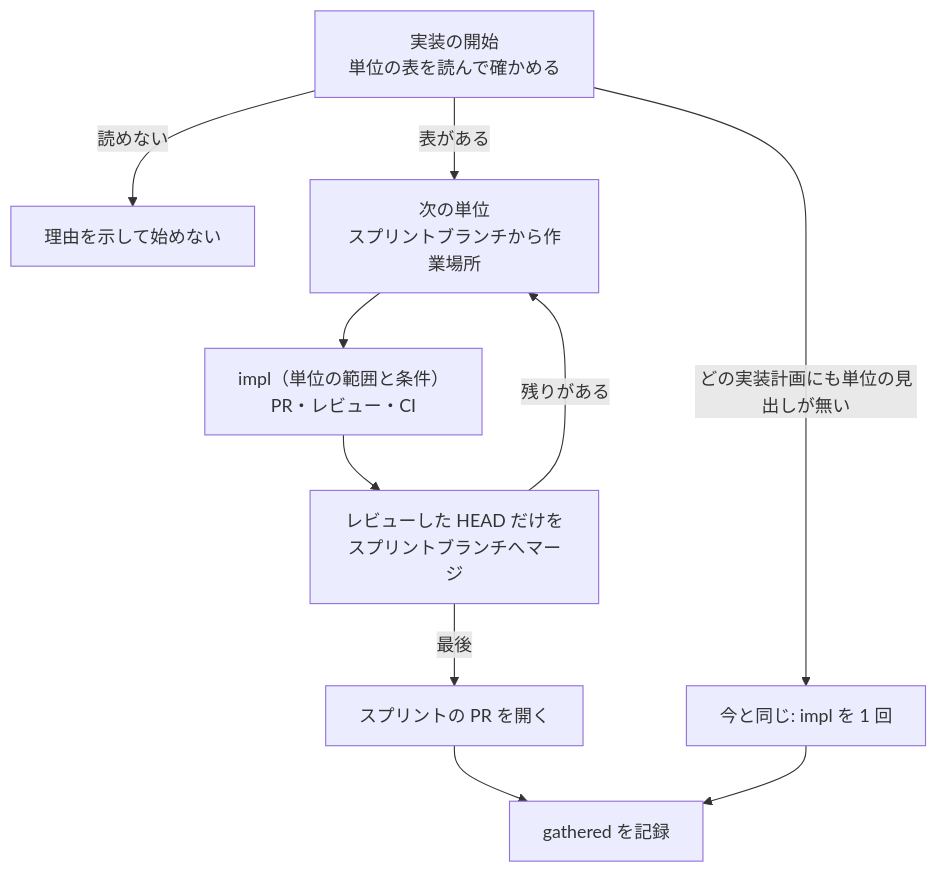
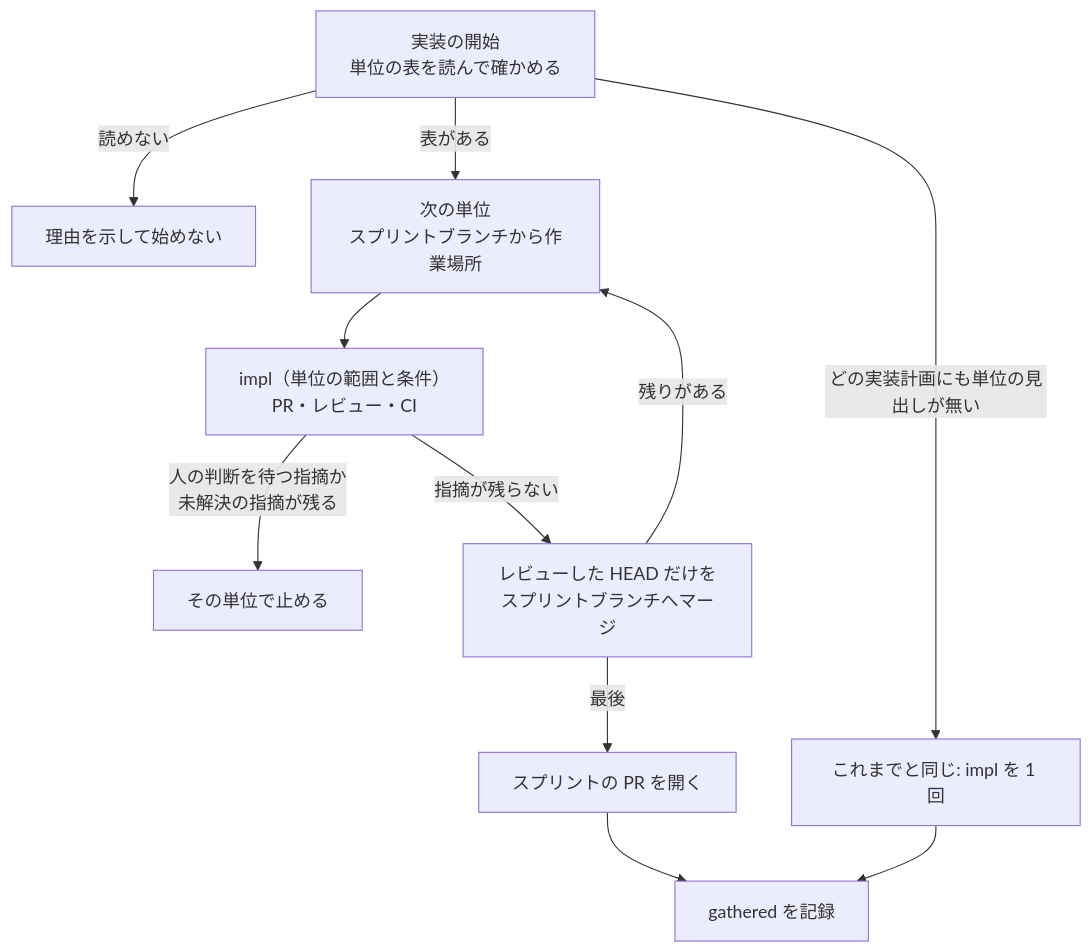
Before and after one commit to devbasex/ai-plugins: the second of 3 diagrams in issues/issue-4369-design.md, drawn with Mermaid. The commit also changed other lines of this file and 2 other files, not shown here.

````diff
--- a/issues/issue-4369-design.md
+++ b/issues/issue-4369-design.md
@@ -37,12 +41,13 @@
 ```mermaid
 flowchart TB
-  S["実装の開始<br/>単位の表を読んで確かめる"] -->|どの実装計画にも単位の見出しが無い| OLD["今と同じ: impl を 1 回"]
+  S["実装の開始<br/>単位の表を読んで確かめる"] -->|どの実装計画にも単位の見出しが無い| OLD["これまでと同じ: impl を 1 回"]
   S -->|読めない| STOP["理由を示して始めない"]
   S -->|表がある| U["次の単位<br/>スプリントブランチから作業場所"]
   U --> PL["impl（単位の範囲と条件）<br/>PR・レビュー・CI"]
-  PL --> M["レビューした HEAD だけを<br/>スプリントブランチへマージ"]
+  PL -->|人の判断を待つ指摘か<br/>未解決の指摘が残る| STOP2["その単位で止める"]
+  PL -->|指摘が残らない| M["レビューした HEAD だけを<br/>スプリントブランチへマージ"]
   M -->|残りがある| U
   M -->|最後| PR["スプリントの PR を開く"]
   PR --> G["gathered を記録"]
   OLD --> G
 ```
````
